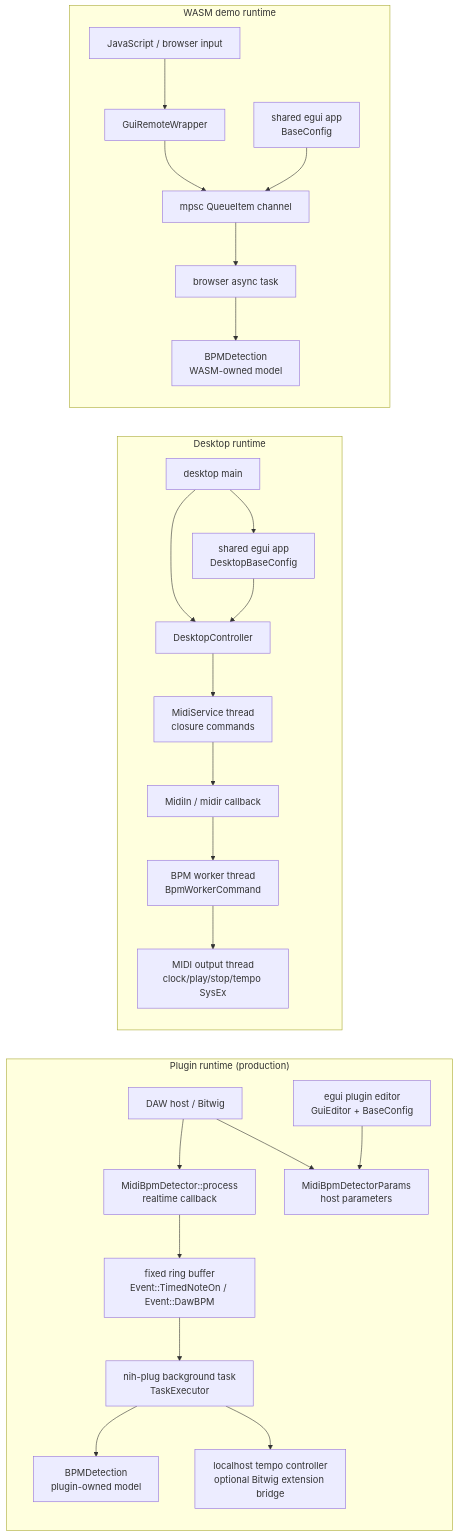
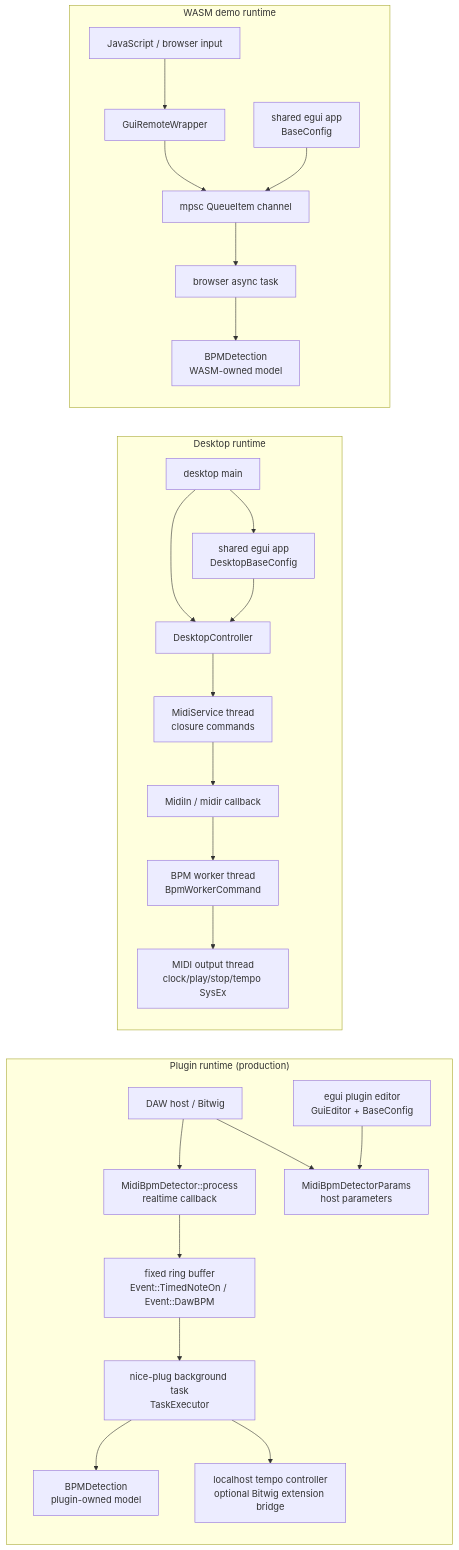
One commit to valsteen/midi_bpm_detection changed the first of 11 diagrams in docs/runtime-lifecycle.md. Above: the diagram before and after it, drawn with Mermaid. The commit also changed other lines of this file and 98 other files, not shown here.

Commit message:
refactor: rename nice-plug parameter adapters

````diff
--- a/docs/runtime-lifecycle.md
+++ b/docs/runtime-lifecycle.md
@@ -31,50 +31,50 @@
 ```mermaid
 flowchart LR
     subgraph plugin["Plugin runtime (production)"]
         direction TB
         host["DAW host / Bitwig"]
         process["MidiBpmDetector::process<br/>realtime callback"]
         plugin_params["MidiBpmDetectorParams<br/>host parameters"]
         ring["fixed ring buffer<br/>Event::TimedNoteOn / Event::DawBPM"]
-        plugin_tasks["nih-plug background task<br/>TaskExecutor"]
+        plugin_tasks["nice-plug background task<br/>TaskExecutor"]
         plugin_model["BPMDetection<br/>plugin-owned model"]
         plugin_gui["egui plugin editor<br/>GuiEditor + BaseConfig"]
         tempo_socket["localhost tempo controller<br/>optional Bitwig extension bridge"]
 
         host --> process
         host --> plugin_params
         plugin_gui --> plugin_params
         process --> ring --> plugin_tasks --> plugin_model
         plugin_tasks --> tempo_socket
     end
 
     subgraph desktop["Desktop runtime"]
         direction TB
         desktop_main["desktop main"]
         desktop_gui["shared egui app<br/>DesktopBaseConfig"]
         controller["DesktopController"]
         service["MidiService thread<br/>closure commands"]
         midi_in["MidiIn / midir callback"]
         native_worker["BPM worker thread<br/>BpmWorkerCommand"]
         native_output["MIDI output thread<br/>clock/play/stop/tempo SysEx"]
 
         desktop_main --> controller
         desktop_main --> desktop_gui
         desktop_gui --> controller
         controller --> service --> midi_in --> native_worker
         native_worker --> native_output
     end
 
     subgraph wasm["WASM demo runtime"]
         direction TB
         js["JavaScript / browser input"]
         wasm_gui["shared egui app<br/>BaseConfig"]
         wrapper["GuiRemoteWrapper"]
         wasm_queue["mpsc QueueItem channel"]
         wasm_task["browser async task"]
         wasm_model["BPMDetection<br/>WASM-owned model"]
 
         js --> wrapper --> wasm_queue --> wasm_task --> wasm_model
         wasm_gui --> wasm_queue
     end
 ```
````
